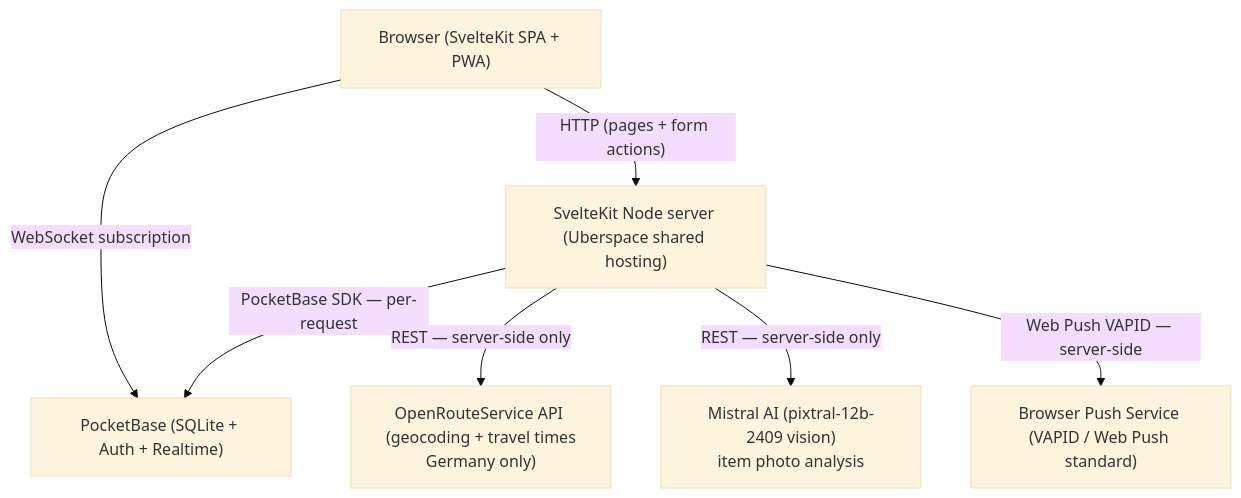
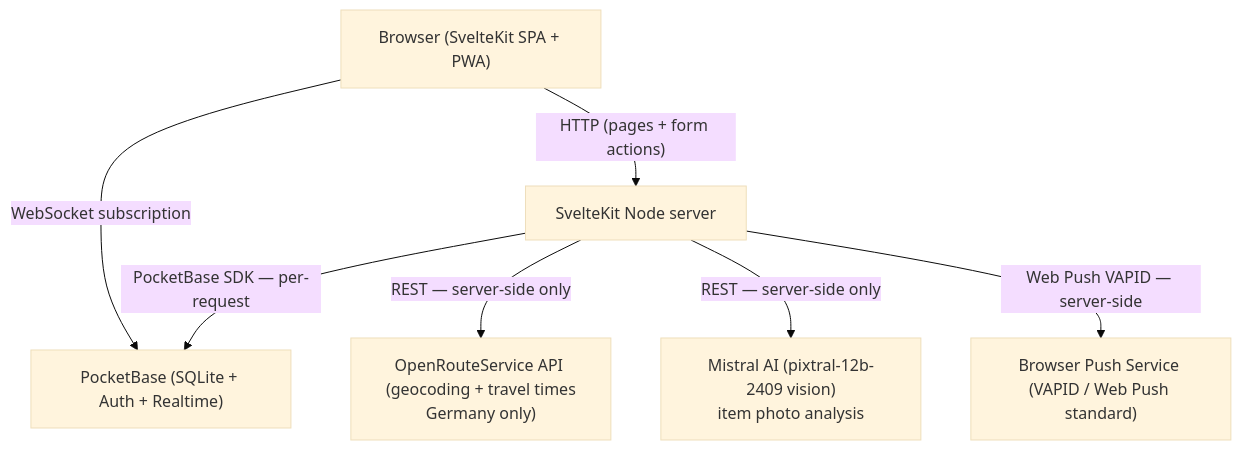
One commit to share-open-sharing-infrastructure/share-mvp changed the diagram in docs/architecture.md. Above: the diagram before and after it, drawn with Mermaid (base theme). The commit also changed other lines of this file and 6 other files, not shown here.

````diff
--- a/docs/architecture.md
+++ b/docs/architecture.md
@@ -9,16 +9,16 @@
 ```mermaid
 graph TD
     Browser["Browser (SvelteKit SPA + PWA)"]
-    SK["SvelteKit Node server (Uberspace shared hosting)"]
+    SK["SvelteKit Node server"]
     PB["PocketBase (SQLite + Auth + Realtime)"]
     ORS["OpenRouteService API (geocoding + travel times\nGermany only)"]
     Mistral["Mistral AI (pixtral-12b-2409 vision)\nitem photo analysis"]
     Push["Browser Push Service (VAPID / Web Push standard)"]
 
     Browser -->|"HTTP (pages + form actions)"| SK
     Browser -->|"WebSocket subscription"| PB
     SK -->|"PocketBase SDK — per-request"| PB
     SK -->|"REST — server-side only"| ORS
     SK -->|"REST — server-side only"| Mistral
     SK -->|"Web Push VAPID — server-side"| Push
 ```
````
